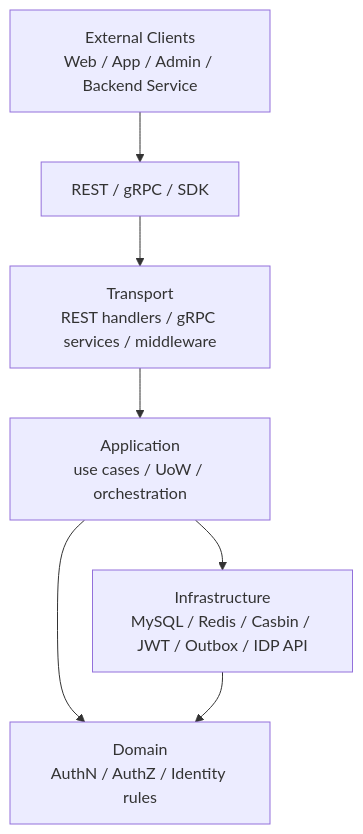
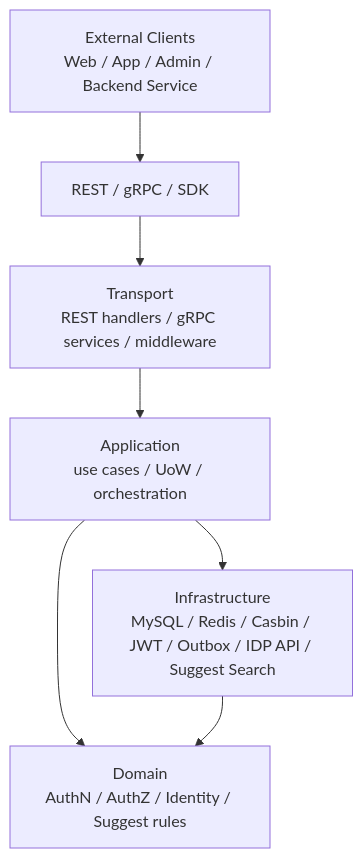
One commit to FangcunMount/iam changed the first of 5 diagrams in docs/07-宣讲/02-系统架构讲法.md. Above: the diagram before and after it, drawn with Mermaid. The commit also changed other lines of this file and 16 other files, not shown here.

````diff
--- a/docs/07-宣讲/02-系统架构讲法.md
+++ b/docs/07-宣讲/02-系统架构讲法.md
@@ -213,13 +240,13 @@
 ```mermaid
 flowchart TD
     Clients["External Clients<br/>Web / App / Admin / Backend Service"]
     Access["REST / gRPC / SDK"]
     Transport["Transport<br/>REST handlers / gRPC services / middleware"]
     Application["Application<br/>use cases / UoW / orchestration"]
-    Domain["Domain<br/>AuthN / AuthZ / Identity rules"]
-    Infra["Infrastructure<br/>MySQL / Redis / Casbin / JWT / Outbox / IDP API"]
+    Domain["Domain<br/>AuthN / AuthZ / Identity / Suggest rules"]
+    Infra["Infrastructure<br/>MySQL / Redis / Casbin / JWT / Outbox / IDP API / Suggest Search"]
 
     Clients --> Access --> Transport --> Application --> Domain
     Application --> Infra
     Infra --> Domain
 ```
````
